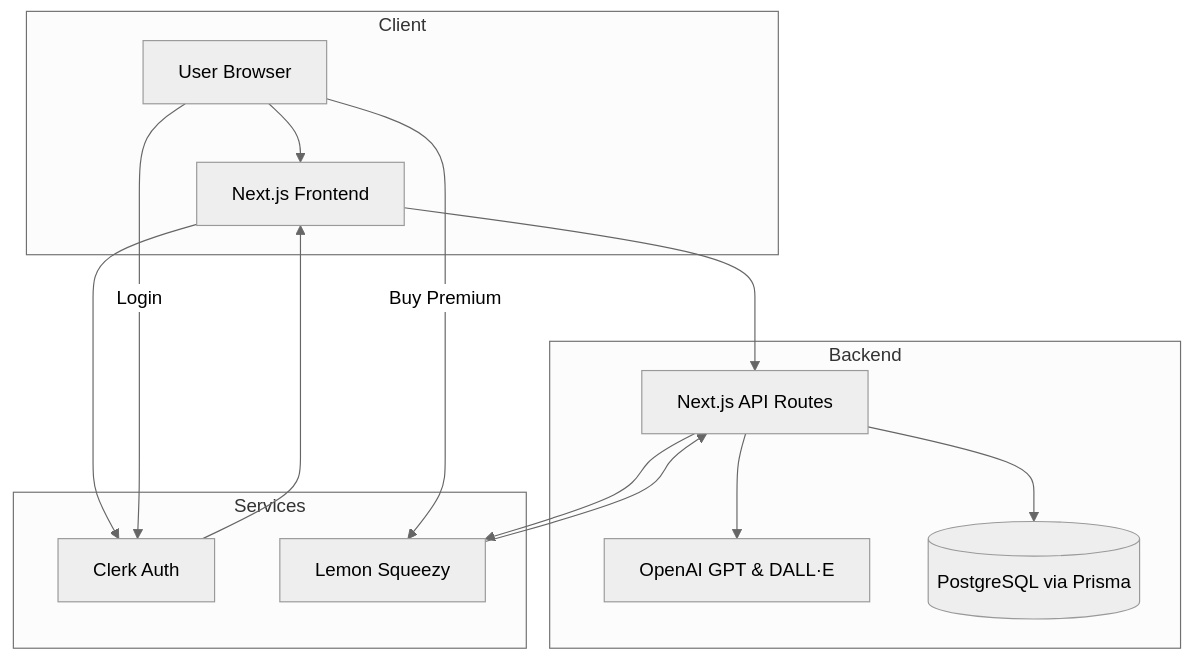
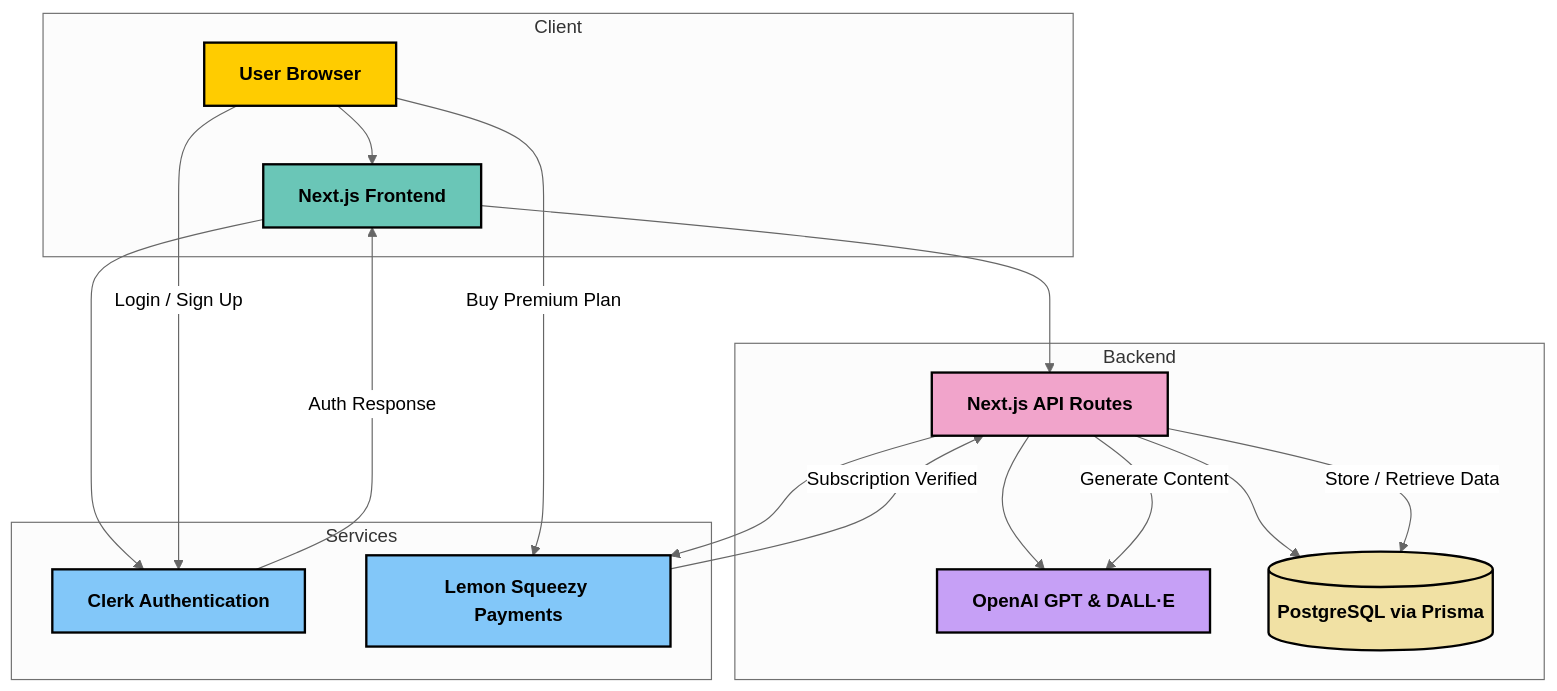
Before and after one commit to be-a-guptaji/AI-PPT-Builder: the diagram in README.md, drawn with Mermaid (neutral theme).

````diff
--- a/README.md
+++ b/README.md
@@ -315,22 +315,55 @@
 ```mermaid
 graph TD
+    %% ==============================
+    %% CLIENT LAYER
+    %% ==============================
     subgraph Client
     U[User Browser] --> F[Next.js Frontend]
     end
 
+    %% ==============================
+    %% BACKEND & API LAYER
+    %% ==============================
     subgraph Backend
     F --> API[Next.js API Routes]
     API --> AI[OpenAI GPT & DALL·E]
     API --> DB[(PostgreSQL via Prisma)]
     end
 
+    %% ==============================
+    %% SERVICES LAYER
+    %% ==============================
     subgraph Services
-    F --> Clerk[Clerk Auth]
-    API --> LS[Lemon Squeezy]
+    F --> Clerk[Clerk Authentication]
+    API --> LS[Lemon Squeezy Payments]
     end
 
-    U -->|Login| Clerk
-    Clerk --> F
-    U -->|Buy Premium| LS
-    LS --> API
+    %% ==============================
+    %% FLOWS
+    %% ==============================
+    U -->|Login / Sign Up| Clerk
+    Clerk -->|Auth Response| F
+    U -->|Buy Premium Plan| LS
+    LS -->|Subscription Verified| API
+    API -->|Generate Content| AI
+    API -->|Store / Retrieve Data| DB
+
+    %% ==============================
+    %% STYLING
+    %% ==============================
+    classDef client fill:#6ac6b7,stroke:#000,stroke-width:2px,color:#000,font-weight:bold;
+    classDef backend fill:#f1a4cb,stroke:#000,stroke-width:2px,color:#000,font-weight:bold;
+    classDef services fill:#82c7f9,stroke:#000,stroke-width:2px,color:#000,font-weight:bold;
+    classDef user fill:#ffcc00,stroke:#000,stroke-width:2px,color:#000,font-weight:bold;
+    classDef db fill:#f1e1a4,stroke:#000,stroke-width:2px,color:#000,font-weight:bold;
+    classDef ai fill:#c6a0f6,stroke:#000,stroke-width:2px,color:#000,font-weight:bold;
+
+    %% Apply Classes
+    class U user;
+    class F client;
+    class API backend;
+    class DB db;
+    class AI ai;
+    class Clerk,LS services;
+
 ```
````
